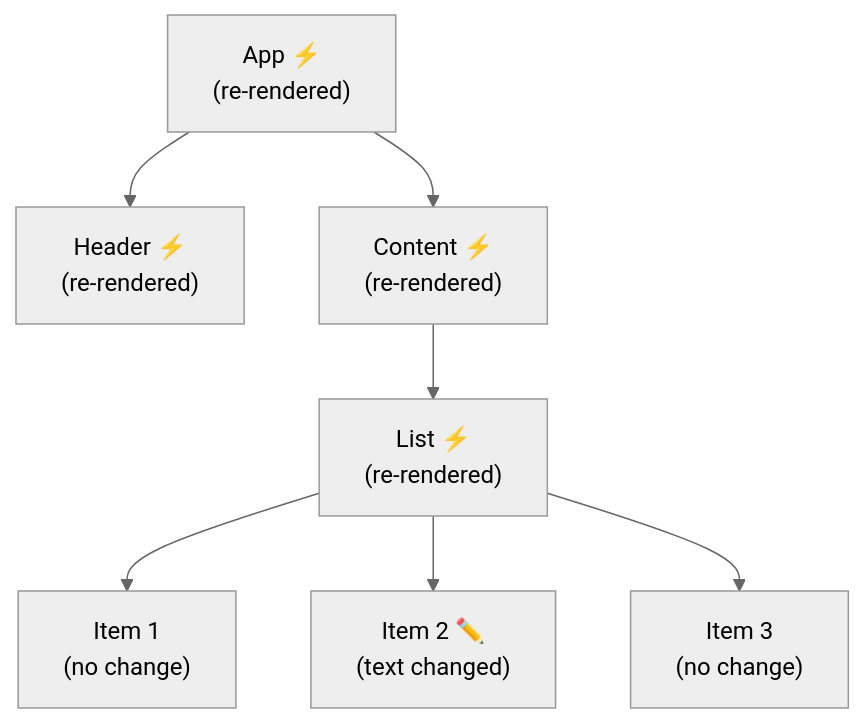
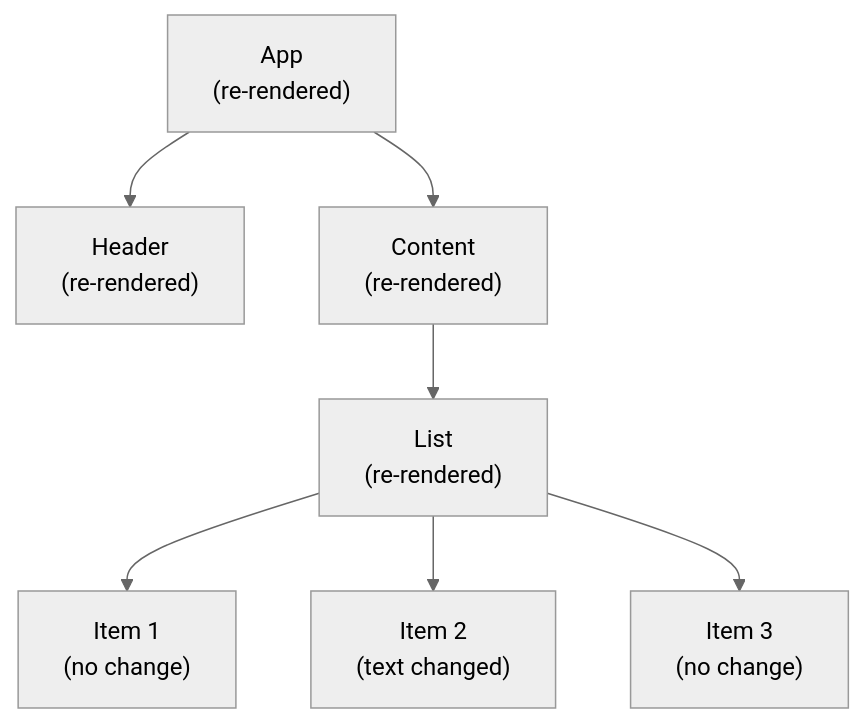
Before and after one commit to lurx/lurx-react: the fourth of 4 diagrams in apps/rotem-is-a-dev/src/app/content/posts/react-internals-3-jsx-to-pixels.md, drawn with Mermaid (neutral theme). The commit also changed other lines of this file and 7 other files, not shown here.

````diff
--- a/apps/rotem-is-a-dev/src/app/content/posts/react-internals-3-jsx-to-pixels.md
+++ b/apps/rotem-is-a-dev/src/app/content/posts/react-internals-3-jsx-to-pixels.md
@@ -165,9 +165,9 @@
 ```mermaid
 graph TD
-  A["App ⚡\n(re-rendered)"] --> B["Header ⚡\n(re-rendered)"]
-  A --> C["Content ⚡\n(re-rendered)"]
-  C --> D["List ⚡\n(re-rendered)"]
+  A["App\n(re-rendered)"] --> B["Header\n(re-rendered)"]
+  A --> C["Content\n(re-rendered)"]
+  C --> D["List\n(re-rendered)"]
   D --> E["Item 1\n(no change)"]
-  D --> F["Item 2 ✏️\n(text changed)"]
+  D --> F["Item 2\n(text changed)"]
   D --> G["Item 3\n(no change)"]
 ```
````
